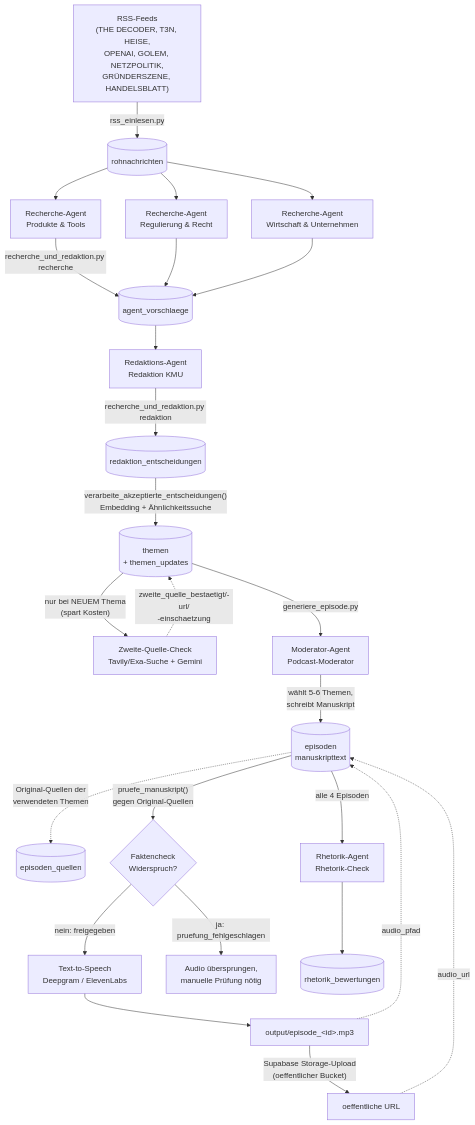
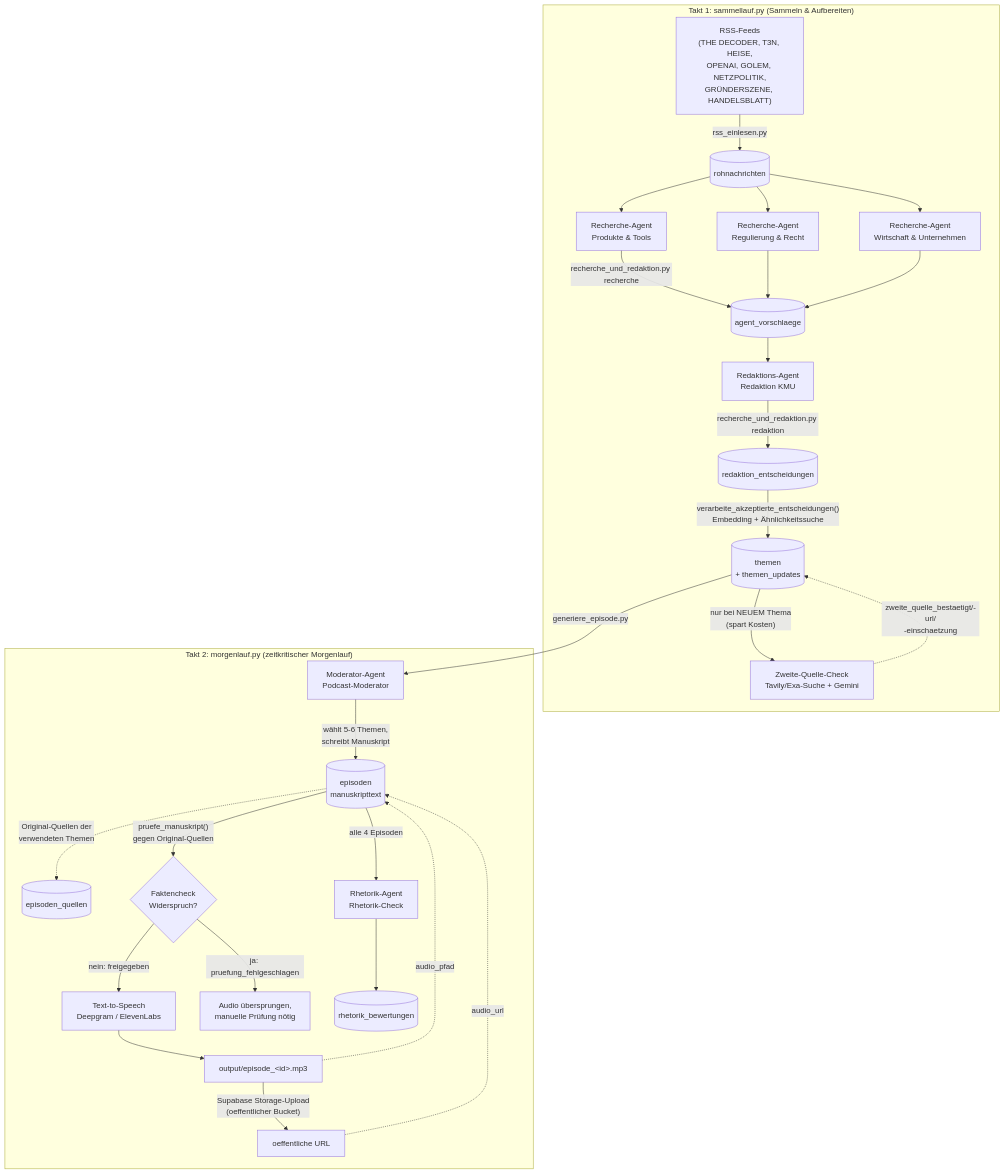
The diagram in README.md (SaschaPetro/Podcast), drawn with Mermaid before and after one commit. The commit also changed other lines of this file and 7 other files, not shown here.

Commit message:
Pipeline in Sammel- und Morgenlauf trennen

````diff
--- a/README.md
+++ b/README.md
@@ -9,34 +9,38 @@
 ```mermaid
 flowchart TD
-    RSS["RSS-Feeds<br/>(THE DECODER, T3N, HEISE,<br/>OPENAI, GOLEM, NETZPOLITIK,<br/>GRÜNDERSZENE, HANDELSBLATT)"] -->|rss_einlesen.py| ROH[("rohnachrichten")]
+    subgraph TAKT1["Takt 1: sammellauf.py (Sammeln &amp; Aufbereiten)"]
+        RSS["RSS-Feeds<br/>(THE DECODER, T3N, HEISE,<br/>OPENAI, GOLEM, NETZPOLITIK,<br/>GRÜNDERSZENE, HANDELSBLATT)"] -->|rss_einlesen.py| ROH[("rohnachrichten")]
 
-    ROH --> RA1["Recherche-Agent<br/>Produkte & Tools"]
-    ROH --> RA2["Recherche-Agent<br/>Regulierung & Recht"]
-    ROH --> RA3["Recherche-Agent<br/>Wirtschaft & Unternehmen"]
+        ROH --> RA1["Recherche-Agent<br/>Produkte & Tools"]
+        ROH --> RA2["Recherche-Agent<br/>Regulierung & Recht"]
+        ROH --> RA3["Recherche-Agent<br/>Wirtschaft & Unternehmen"]
 
-    RA1 -->|recherche_und_redaktion.py recherche| VOR[("agent_vorschlaege")]
-    RA2 --> VOR
-    RA3 --> VOR
+        RA1 -->|recherche_und_redaktion.py recherche| VOR[("agent_vorschlaege")]
+        RA2 --> VOR
+        RA3 --> VOR
 
-    VOR --> RED["Redaktions-Agent<br/>Redaktion KMU"]
-    RED -->|recherche_und_redaktion.py redaktion| ENT[("redaktion_entscheidungen")]
+        VOR --> RED["Redaktions-Agent<br/>Redaktion KMU"]
+        RED -->|recherche_und_redaktion.py redaktion| ENT[("redaktion_entscheidungen")]
 
-    ENT -->|"verarbeite_akzeptierte_entscheidungen()<br/>Embedding + Ähnlichkeitssuche"| THE[("themen<br/>+ themen_updates")]
-    THE -->|"nur bei NEUEM Thema<br/>(spart Kosten)"| ZQ["Zweite-Quelle-Check<br/>Tavily/Exa-Suche + Gemini"]
-    ZQ -.->|"zweite_quelle_bestaetigt/-url/<br/>-einschaetzung"| THE
+        ENT -->|"verarbeite_akzeptierte_entscheidungen()<br/>Embedding + Ähnlichkeitssuche"| THE[("themen<br/>+ themen_updates")]
+        THE -->|"nur bei NEUEM Thema<br/>(spart Kosten)"| ZQ["Zweite-Quelle-Check<br/>Tavily/Exa-Suche + Gemini"]
+        ZQ -.->|"zweite_quelle_bestaetigt/-url/<br/>-einschaetzung"| THE
+    end
 
-    THE -->|generiere_episode.py| MOD["Moderator-Agent<br/>Podcast-Moderator"]
-    MOD -->|"wählt 5-6 Themen,<br/>schreibt Manuskript"| EP[("episoden<br/>manuskripttext")]
-    EP -.->|"Original-Quellen der<br/>verwendeten Themen"| EQ[("episoden_quellen")]
+    subgraph TAKT2["Takt 2: morgenlauf.py (zeitkritischer Morgenlauf)"]
+        THE -->|generiere_episode.py| MOD["Moderator-Agent<br/>Podcast-Moderator"]
+        MOD -->|"wählt 5-6 Themen,<br/>schreibt Manuskript"| EP[("episoden<br/>manuskripttext")]
+        EP -.->|"Original-Quellen der<br/>verwendeten Themen"| EQ[("episoden_quellen")]
 
-    EP -->|"pruefe_manuskript()<br/>gegen Original-Quellen"| FC{"Faktencheck<br/>Widerspruch?"}
-    FC -->|nein: freigegeben| TTS["Text-to-Speech<br/>Deepgram / ElevenLabs"]
-    FC -->|ja: pruefung_fehlgeschlagen| STOP["Audio übersprungen,<br/>manuelle Prüfung nötig"]
-    TTS --> MP3["output/episode_&lt;id&gt;.mp3"]
-    MP3 -.->|audio_pfad| EP
-    MP3 -->|"Supabase Storage-Upload<br/>(oeffentlicher Bucket)"| AUDIOURL["oeffentliche URL"]
-    AUDIOURL -.->|audio_url| EP
+        EP -->|"pruefe_manuskript()<br/>gegen Original-Quellen"| FC{"Faktencheck<br/>Widerspruch?"}
+        FC -->|nein: freigegeben| TTS["Text-to-Speech<br/>Deepgram / ElevenLabs"]
+        FC -->|ja: pruefung_fehlgeschlagen| STOP["Audio übersprungen,<br/>manuelle Prüfung nötig"]
+        TTS --> MP3["output/episode_&lt;id&gt;.mp3"]
+        MP3 -.->|audio_pfad| EP
+        MP3 -->|"Supabase Storage-Upload<br/>(oeffentlicher Bucket)"| AUDIOURL["oeffentliche URL"]
+        AUDIOURL -.->|audio_url| EP
 
-    EP -->|"alle 4 Episoden"| RHET["Rhetorik-Agent<br/>Rhetorik-Check"]
-    RHET --> RB[("rhetorik_bewertungen")]
+        EP -->|"alle 4 Episoden"| RHET["Rhetorik-Agent<br/>Rhetorik-Check"]
+        RHET --> RB[("rhetorik_bewertungen")]
+    end
 ```
````
